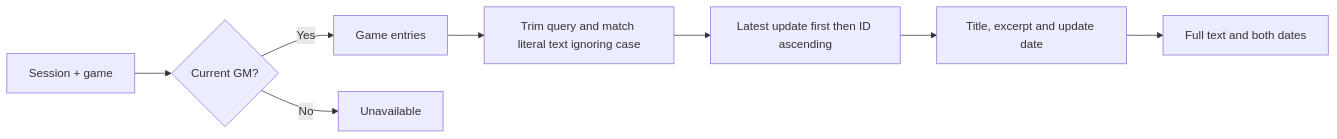
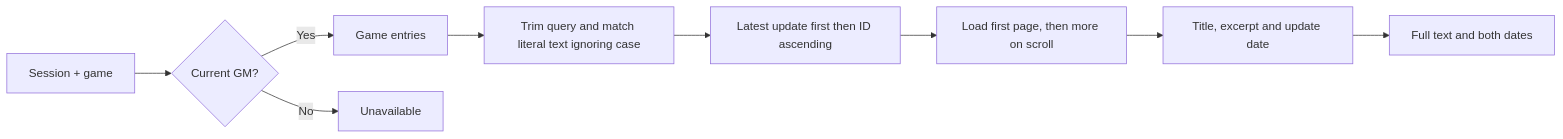
Before and after one commit to Mighty683/rpg-engine: the second of 4 diagrams in docs/tasks/game-notes/ux.md, drawn with Mermaid. The commit also changed other lines of this file and 12 other files, not shown here.

````diff
--- a/docs/tasks/game-notes/ux.md
+++ b/docs/tasks/game-notes/ux.md
@@ -41,10 +47,11 @@
 ```mermaid
 flowchart LR
   Session[Session + game] --> Access{Current GM?}
   Access -->|Yes| Entries[Game entries]
   Access -->|No| Denied[Unavailable]
   Entries --> Filter[Trim query and match literal text ignoring case]
   Filter --> Sort[Latest update first then ID ascending]
-  Sort --> Results[Title, excerpt and update date]
+  Sort --> Page[Load first page, then more on scroll]
+  Page --> Results[Title, excerpt and update date]
   Results --> Detail[Full text and both dates]
 ```
````
